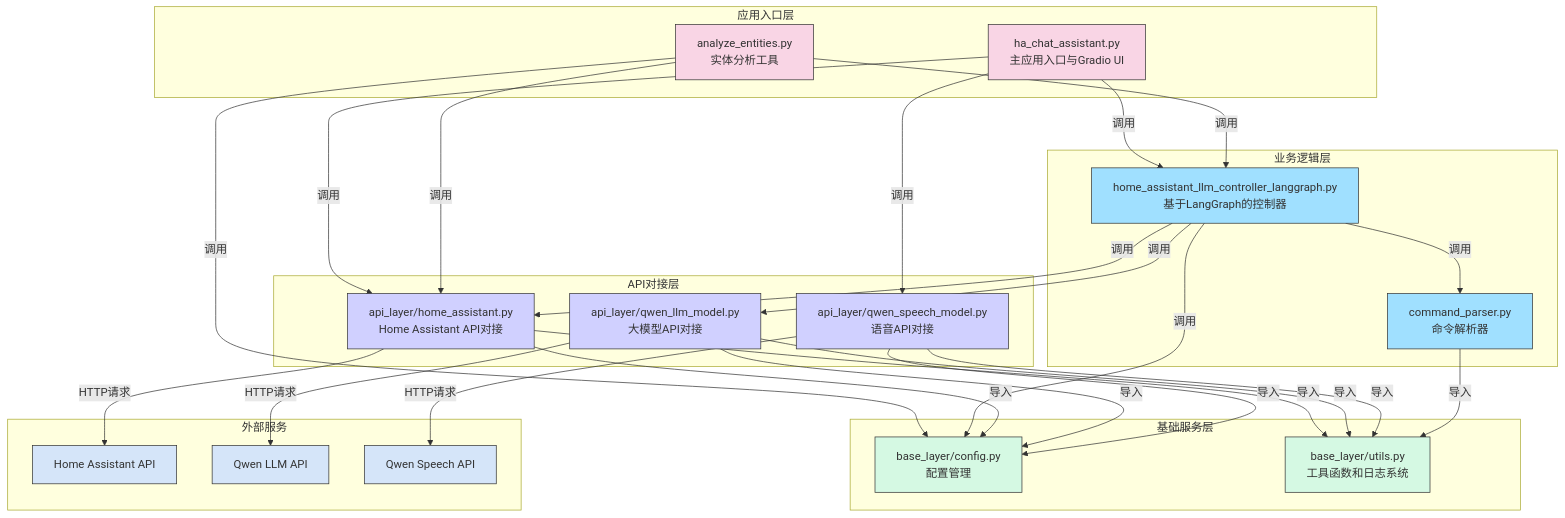
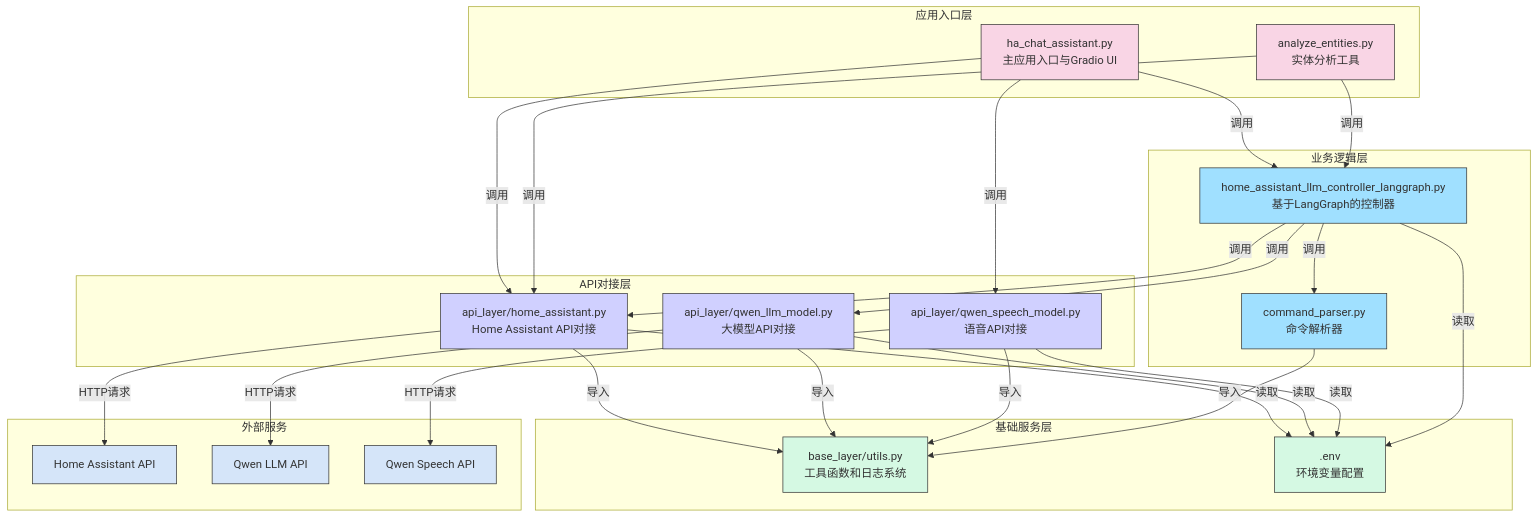
One commit to zlccccc/HomeAssistant-LLM-Analysis changed the diagram in README.md. Above: the diagram before and after it, drawn with Mermaid. The commit also changed other lines of this file and 8 other files, not shown here.

````diff
--- a/README.md
+++ b/README.md
@@ -9,65 +9,64 @@
 ```mermaid
 graph TD
     subgraph 应用入口层
         A[ha_chat_assistant.py<br>主应用入口与Gradio UI]
         C[analyze_entities.py<br>实体分析工具]
     end
   
     subgraph 业务逻辑层
         G[home_assistant_llm_controller_langgraph.py<br>基于LangGraph的控制器]
         B6[command_parser.py<br>命令解析器]
     end
   
     subgraph API对接层
         B1[api_layer/home_assistant.py<br>Home Assistant API对接]
         B3[api_layer/qwen_speech_model.py<br>语音API对接]
         B5[api_layer/qwen_llm_model.py<br>大模型API对接]
     end
   
     subgraph 基础服务层
-        B4[base_layer/config.py<br>配置管理]
         B7[base_layer/utils.py<br>工具函数和日志系统]
+        B8[.env<br>环境变量配置]
     end
   
     subgraph 外部服务
         D[Home Assistant API]
         E[Qwen LLM API]
         F[Qwen Speech API]
     end
   
     %% 调用关系 - 放在subgraph外部
     A -->|调用| G
     A -->|调用| B1
     A -->|调用| B3
     C -->|调用| G
     C -->|调用| B1
-    C -->|调用| B4
     G -->|调用| B6
     G -->|调用| B1
     G -->|调用| B5
-    G -->|调用| B4
     B1 -->|HTTP请求| D
     B3 -->|HTTP请求| F
     B5 -->|HTTP请求| E
-    B1 -->|导入| B4
     B1 -->|导入| B7
-    B5 -->|导入| B4
+    B1 -->|读取| B8
     B5 -->|导入| B7
-    B3 -->|导入| B4
+    B5 -->|读取| B8
     B3 -->|导入| B7
+    B3 -->|读取| B8
     B6 -->|导入| B7
+    G -->|读取| B8
   
     %% 样式设置
     style A fill:#f9d5e5,stroke:#333,stroke-width:1px
     style C fill:#f9d5e5,stroke:#333,stroke-width:1px
     style G fill:#a0e0ff,stroke:#333,stroke-width:1px
     style B6 fill:#a0e0ff,stroke:#333,stroke-width:1px
     style B1 fill:#d0d0ff,stroke:#333,stroke-width:1px
     style B3 fill:#d0d0ff,stroke:#333,stroke-width:1px
     style B5 fill:#d0d0ff,stroke:#333,stroke-width:1px
-    style B4 fill:#d5f9e3,stroke:#333,stroke-width:1px
     style B7 fill:#d5f9e3,stroke:#333,stroke-width:1px
+    style B8 fill:#d5f9e3,stroke:#333,stroke-width:1px
     style D fill:#d5e5f9,stroke:#333,stroke-width:1px
     style E fill:#d5e5f9,stroke:#333,stroke-width:1px
     style F fill:#d5e5f9,stroke:#333,stroke-width:1px
 ```
````
